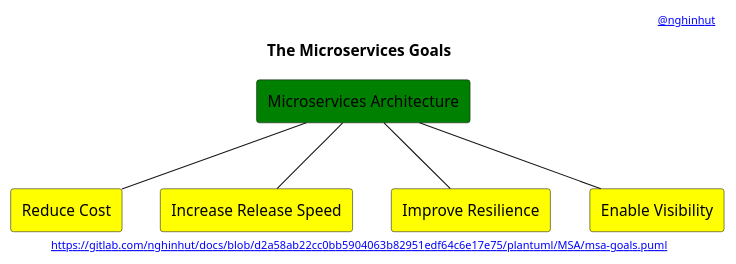
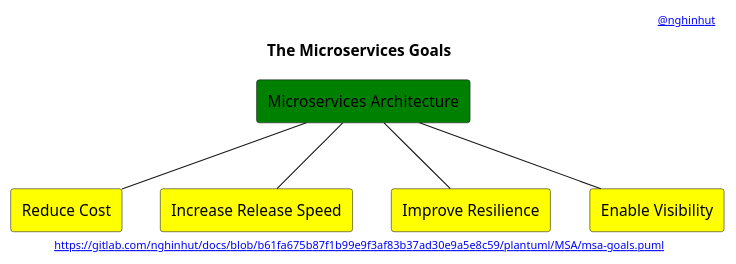
The diagram in plantuml/MSA/msa-goals.puml (nghinhut/docs), drawn with PlantUML before and after one commit. The commit also changed 24 other files, not shown here.

Commit message:
docs(plantuml): update headers

```diff
--- a/plantuml/MSA/msa-goals.puml
+++ b/plantuml/MSA/msa-goals.puml
@@ -1,21 +1,21 @@
 @startuml
 '-----START auto generated metadata please keep comment here to allow auto update-----
 '-----DON'T EDIT THIS SECTION, INSTEAD RE-RUN prebuild.sh TO UPDATE-----
-header [[https://www.nghinhut.dev?from=http%5C%3A%5C%2F%5C%2Fwww%5C.plantuml%5C.com%5C%2Fplantuml%5C%2Fproxy%3Ffmt%3Dsvg%5C%26src%3Dhttps%5C%3A%5C%2F%5C%2Fgitlab%5C.com%5C%2Fnghinhut%5C%2Fdocs%5C%2Fraw%5C%2Fd2a58ab22cc0bb5904063b82951edf64c6e17e75%5C%2Fplantuml%5C%2FMSA%5C%2Fmsa-goals%5C.puml%0A @nghinhut]]
-footer [[http://www.plantuml.com/plantuml/proxy?fmt=svg&src=https://gitlab.com/nghinhut/docs/raw/d2a58ab22cc0bb5904063b82951edf64c6e17e75/plantuml/MSA/msa-goals.puml https://gitlab.com/nghinhut/docs/blob/d2a58ab22cc0bb5904063b82951edf64c6e17e75/plantuml/MSA/msa-goals.puml]]
+header [[https://www.nghinhut.dev?from=http%5C%3A%5C%2F%5C%2Fwww%5C.plantuml%5C.com%5C%2Fplantuml%5C%2Fproxy%3Ffmt%3Dsvg%5C%26src%3Dhttps%5C%3A%5C%2F%5C%2Fgitlab%5C.com%5C%2Fnghinhut%5C%2Fdocs%5C%2Fraw%5C%2Fb61fa675b87f1b99e9f3af83b37ad30e9a5e8c59%5C%2Fplantuml%5C%2FMSA%5C%2Fmsa-goals%5C.puml%0A @nghinhut]]
+footer [[http://www.plantuml.com/plantuml/proxy?fmt=svg&src=https://gitlab.com/nghinhut/docs/raw/b61fa675b87f1b99e9f3af83b37ad30e9a5e8c59/plantuml/MSA/msa-goals.puml https://gitlab.com/nghinhut/docs/blob/b61fa675b87f1b99e9f3af83b37ad30e9a5e8c59/plantuml/MSA/msa-goals.puml]]
 '-----END auto generated metadata please keep comment here to allow auto update-----
 title The Microservices Goals
 
 rectangle "Microservices Architecture" as msa #green
 
 rectangle "Reduce Cost" as goal1 #yellow
 rectangle "Increase Release Speed" as goal2 #yellow
 rectangle "Improve Resilience" as goal3 #yellow
 rectangle "Enable Visibility" as goal4 #yellow
 
 msa -- goal1
 msa -- goal2
 msa -- goal3
 msa -- goal4
 
 @enduml
```
